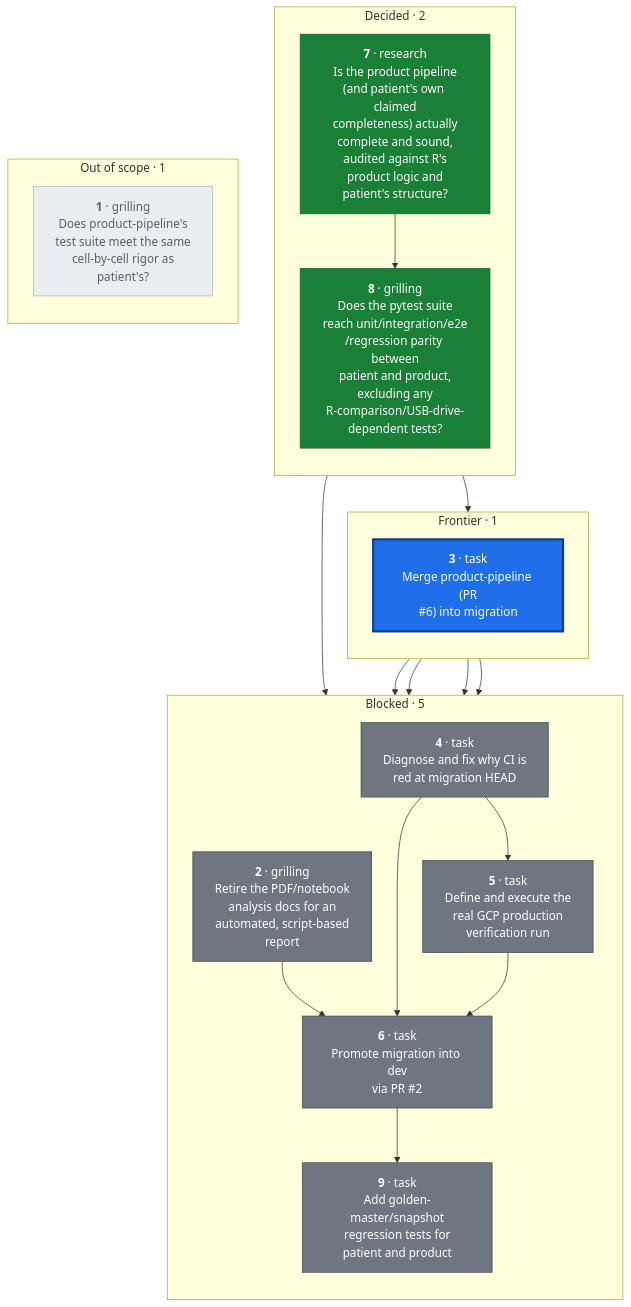
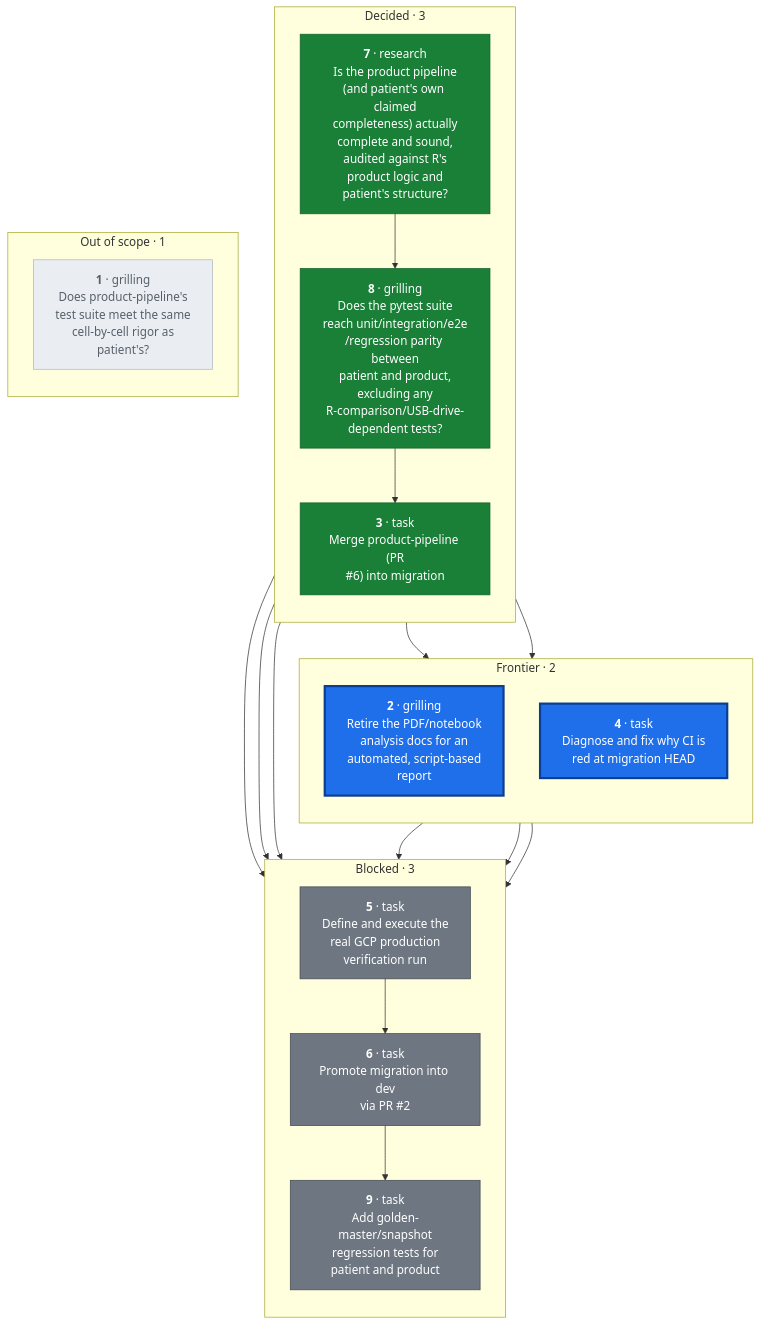
One commit to CorrelAid/a4d changed the first of 2 diagrams in docs/wayfinder/map.md. Above: the diagram before and after it, drawn with Mermaid. The commit also changed other lines of this file and 5 other files, not shown here.

````diff
--- a/docs/wayfinder/map.md
+++ b/docs/wayfinder/map.md
@@ -23,46 +23,46 @@
 ```mermaid
 flowchart TD
-  subgraph FRONTIER["Frontier · 1"]
-    direction TB
-    T3["<b>3</b> · task<br/>Merge product-pipeline (PR<br/>#6) into migration"]
-  end
-  subgraph BLOCKED["Blocked · 5"]
+  subgraph FRONTIER["Frontier · 2"]
     direction TB
     T2["<b>2</b> · grilling<br/>Retire the PDF/notebook<br/>analysis docs for an<br/>automated, script-based<br/>report"]
     T4["<b>4</b> · task<br/>Diagnose and fix why CI is<br/>red at migration HEAD"]
+  end
+  subgraph BLOCKED["Blocked · 3"]
+    direction TB
     T5["<b>5</b> · task<br/>Define and execute the<br/>real GCP production<br/>verification run"]
     T6["<b>6</b> · task<br/>Promote migration into dev<br/>via PR #2"]
     T9["<b>9</b> · task<br/>Add golden-master/snapshot<br/>regression tests for<br/>patient and product"]
   end
-  subgraph DECIDED["Decided · 2"]
+  subgraph DECIDED["Decided · 3"]
     direction TB
+    T3["<b>3</b> · task<br/>Merge product-pipeline (PR<br/>#6) into migration"]
     T7["<b>7</b> · research<br/>Is the product pipeline<br/>(and patient's own claimed<br/>completeness) actually<br/>complete and sound,<br/>audited against R's<br/>product logic and<br/>patient's structure?"]
     T8["<b>8</b> · grilling<br/>Does the pytest suite<br/>reach unit/integration/e2e<br/>/regression parity between<br/>patient and product,<br/>excluding any<br/>R-comparison/USB-drive-<br/>dependent tests?"]
   end
   subgraph DROPPED["Out of scope · 1"]
     direction TB
     T1["<b>1</b> · grilling<br/>Does product-pipeline's<br/>test suite meet the same<br/>cell-by-cell rigor as<br/>patient's?"]
   end
 
   T2 --> T6
   T3 --> T2
   T3 --> T4
   T3 --> T5
   T3 --> T6
   T4 --> T5
   T4 --> T6
   T5 --> T6
   T6 --> T9
   T7 --> T8
   T8 --> T3
   T8 --> T6
 
   classDef frontier fill:#1f6feb,stroke:#0b3d91,stroke-width:3px,color:#ffffff
-  class T3 frontier
+  class T2,T4 frontier
   classDef blocked fill:#6e7781,stroke:#424a53,stroke-width:1px,color:#ffffff
-  class T2,T4,T5,T6,T9 blocked
+  class T5,T6,T9 blocked
   classDef decided fill:#1a7f37,stroke:#116329,stroke-width:1px,color:#ffffff
-  class T7,T8 decided
+  class T3,T7,T8 decided
   classDef dropped fill:#eaeef2,stroke:#afb8c1,stroke-width:1px,color:#57606a
   class T1 dropped
 ```
````
